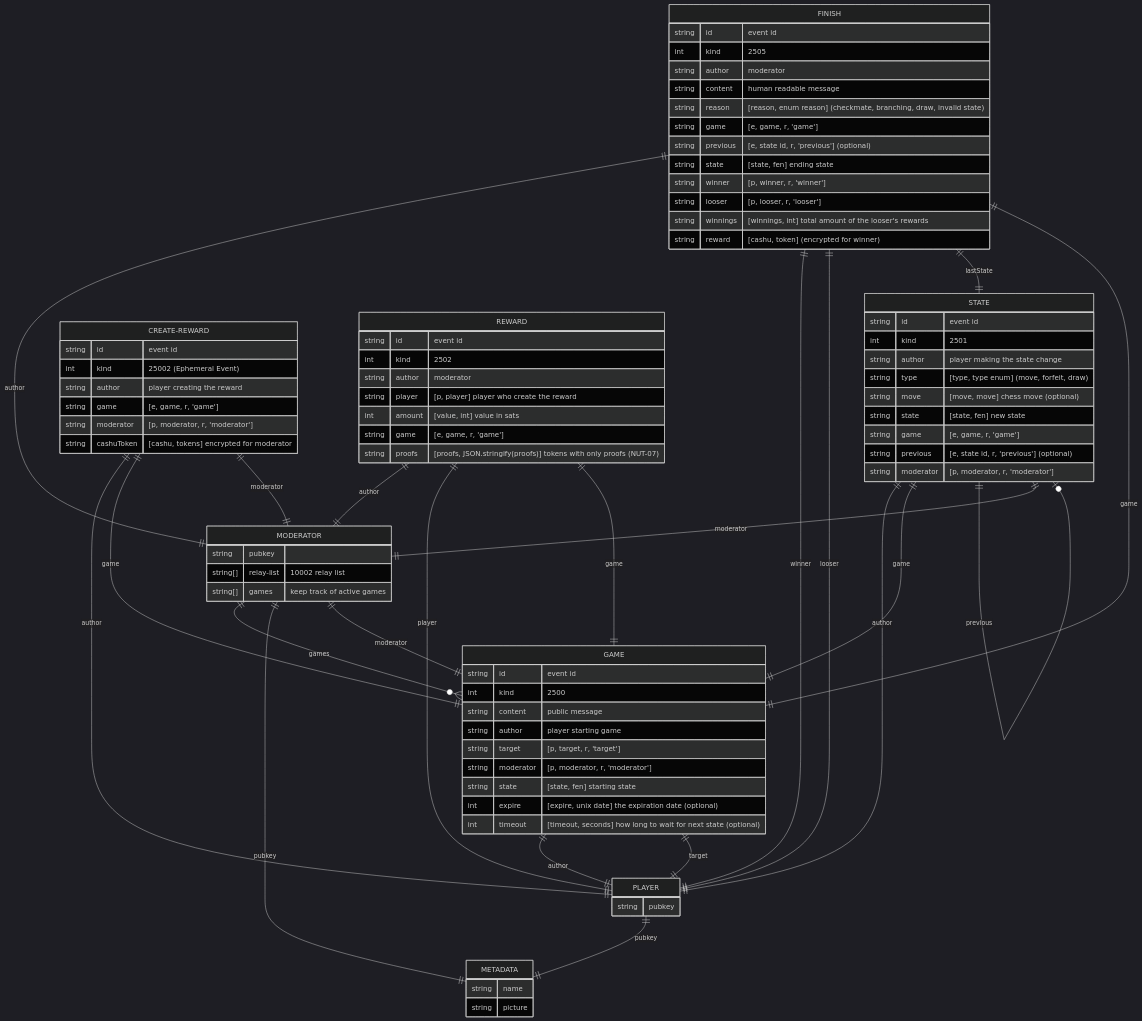
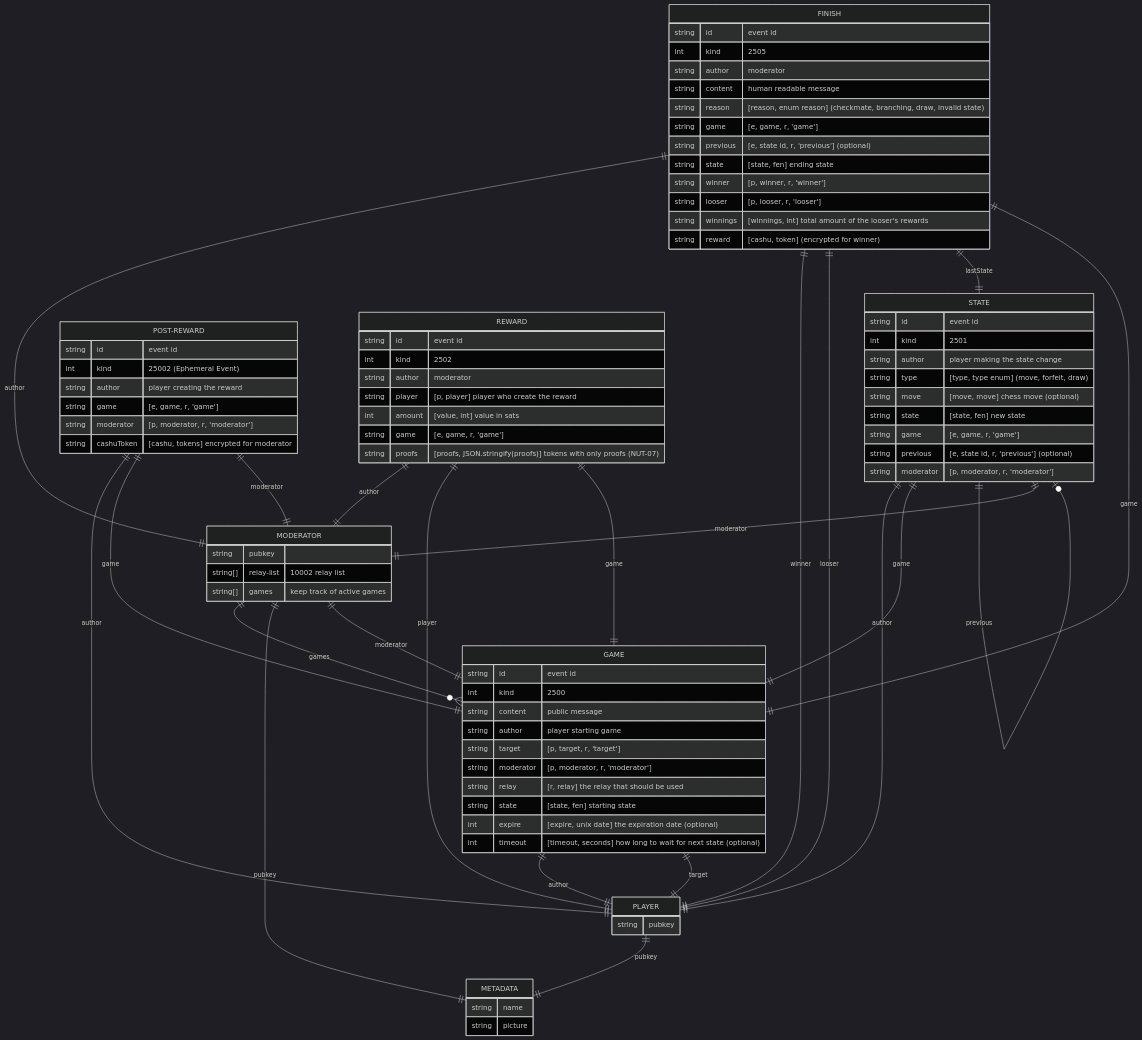
One commit to hzrd149/chessnut changed the first of 2 diagrams in README.md. Above: the diagram before and after it, drawn with Mermaid (dark theme). The commit also changed 34 other files, not shown here.

```diff
--- a/README.md
+++ b/README.md
@@ -30,6 +30,7 @@
         string author "player starting game"
         string target "[p, target, r, 'target']"
         string moderator "[p, moderator, r, 'moderator']"
+        string relay "[r, relay] the relay that should be used"
         string state "[state, fen] starting state"
         int expire "[expire, unix date] the expiration date (optional)"
         int timeout "[timeout, seconds] how long to wait for next state (optional)"
@@ -54,7 +55,7 @@
     STATE ||--o| STATE : previous
     STATE ||--|| MODERATOR : moderator
 
-    CREATE-REWARD {
+    POST-REWARD {
         string id "event id"
         int kind "25002 (Ephemeral Event)"
         string author "player creating the reward"
@@ -62,9 +63,9 @@
         string moderator "[p, moderator, r, 'moderator']"
         string cashuToken "[cashu, tokens] encrypted for moderator"
     }
-    CREATE-REWARD ||--|| PLAYER : author
-    CREATE-REWARD ||--|| GAME : game
-    CREATE-REWARD ||--|| MODERATOR : moderator
+    POST-REWARD ||--|| PLAYER : author
+    POST-REWARD ||--|| GAME : game
+    POST-REWARD ||--|| MODERATOR : moderator
 
     REWARD {
         string id "event id"
```
